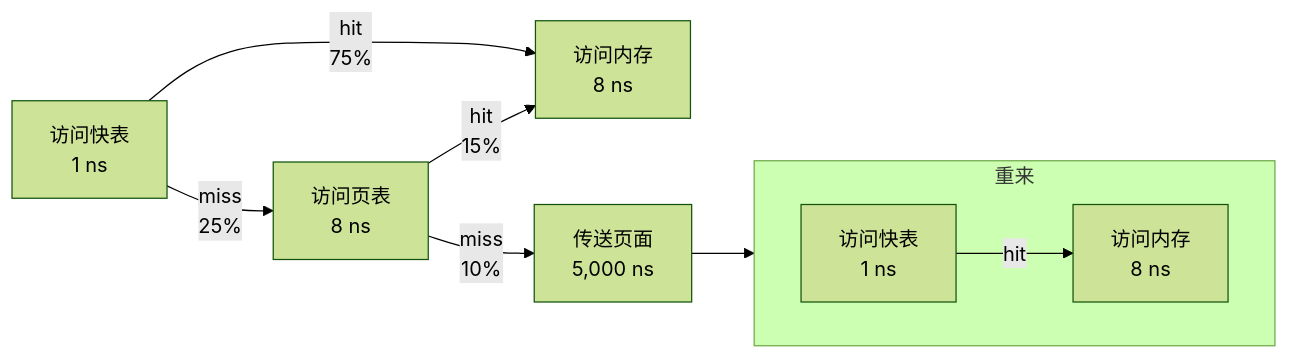
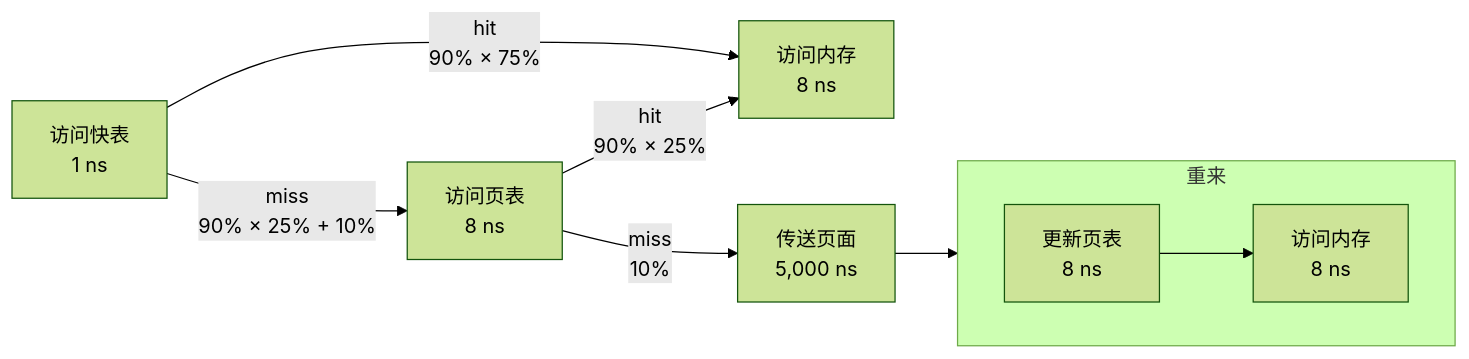
One commit to YDX-2147483647/os_qa changed the diagram in 第4章.md. Above: the diagram before and after it, drawn with Mermaid (forest theme). The commit also changed other lines of this file and 4 other files, not shown here.

````diff
--- a/第4章.md
+++ b/第4章.md
@@ -213,12 +217,12 @@
 ```mermaid
 flowchart LR
 
-访问快表[访问快表<br>1 ns] -->|hit<br>75%| 访问内存[访问内存<br>8 ns]
-访问快表 -->|miss<br>25%| 访问页表[访问页表<br>8 ns] -->|hit<br>15%| 访问内存
+访问快表[访问快表<br>1 ns] -->|"hit<br>90% × 75%"| 访问内存[访问内存<br>8 ns]
+访问快表 -->|"miss<br>90% × 25% + 10%"| 访问页表[访问页表<br>8 ns] -->|"hit<br>90% × 25%"| 访问内存
 访问页表 -->|miss<br>10%| 传送页面[传送页面<br>5,000 ns] --> 重来
 
 subgraph 重来
     direction LR
-    访问快表_[访问快表<br>1 ns] -->|hit| 访问内存_[访问内存<br>8 ns]
+    更新页表_[更新页表<br>8 ns] --> 访问内存_[访问内存<br>8 ns]
 end
 ```
````
